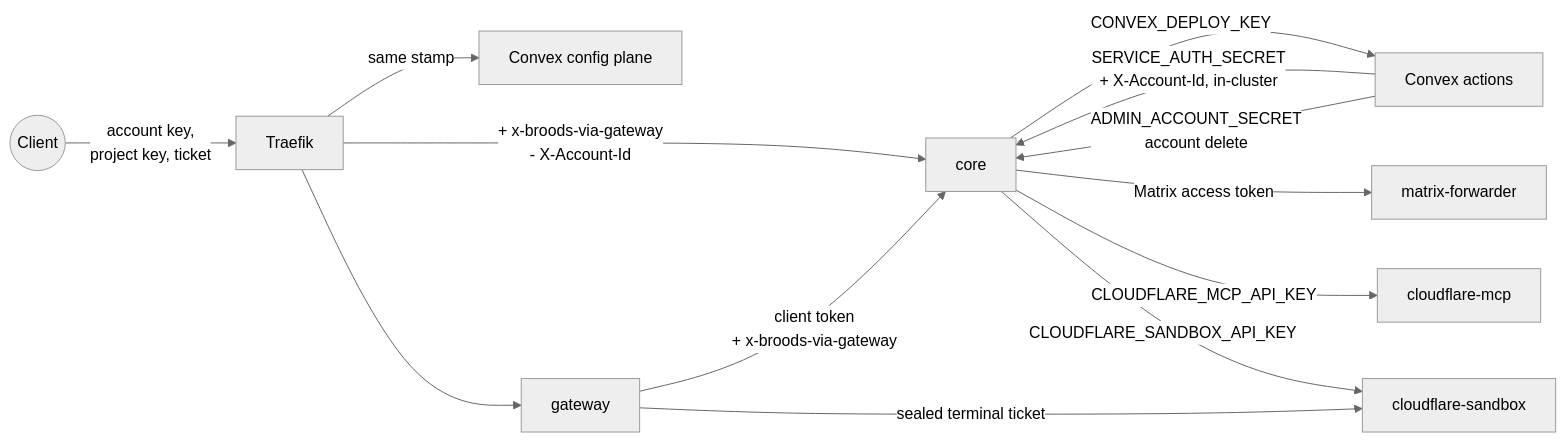
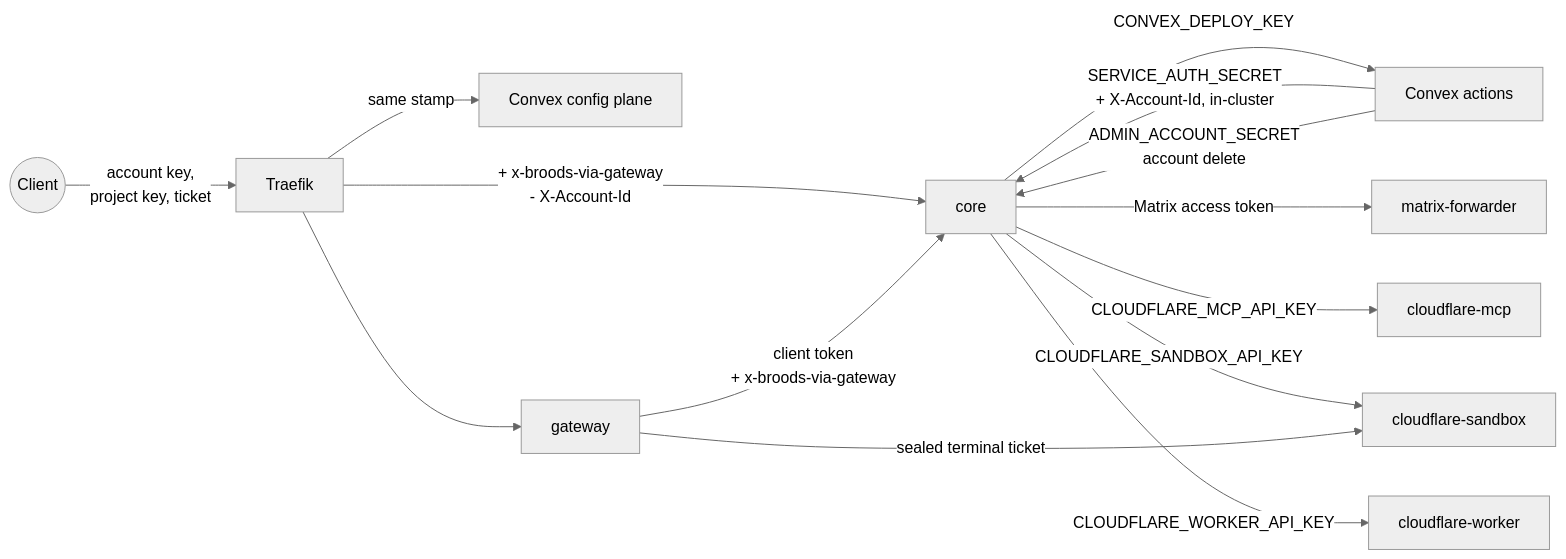
One commit to beeblastco/broods changed the fifth of 8 diagrams in apps/docs/docs/internals/operations.md. Above: the diagram before and after it, drawn with Mermaid (neutral theme). The commit also changed other lines of this file and 21 other files, not shown here.

First line of the commit message:
feat(dashboard,docs): offer the Fast Cloudflare V8 Worker provider on every surface (#1157)

````diff
--- a/apps/docs/docs/internals/operations.md
+++ b/apps/docs/docs/internals/operations.md
@@ -187,15 +189,16 @@
 ```mermaid
 flowchart LR
   Client((Client)) -->|"account key,<br/>project key, ticket"| Traefik
   Traefik -->|"+ x-broods-via-gateway<br/>- X-Account-Id"| Core[core]
   Traefik -->|same stamp| Site[Convex config plane]
   Traefik --> Gateway[gateway]
   Gateway -->|"client token<br/>+ x-broods-via-gateway"| Core
   Convex[Convex actions] -->|"SERVICE_AUTH_SECRET<br/>+ X-Account-Id, in-cluster"| Core
   Convex -->|"ADMIN_ACCOUNT_SECRET<br/>account delete"| Core
   Core -->|CONVEX_DEPLOY_KEY| Convex
   Core -->|Matrix access token| MFwd[matrix-forwarder]
   Core -->|CLOUDFLARE_MCP_API_KEY| MCP[cloudflare-mcp]
   Core -->|CLOUDFLARE_SANDBOX_API_KEY| SBX[cloudflare-sandbox]
+  Core -->|CLOUDFLARE_WORKER_API_KEY| ISO[cloudflare-worker]
   Gateway -->|sealed terminal ticket| SBX
 ```
````
